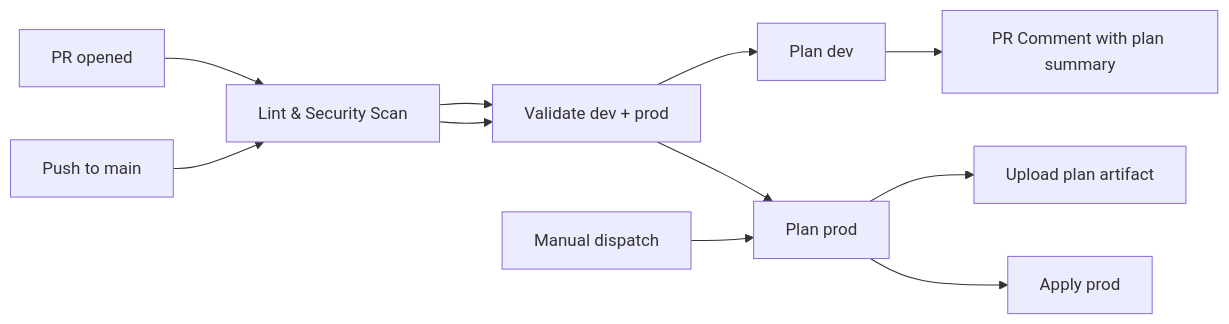
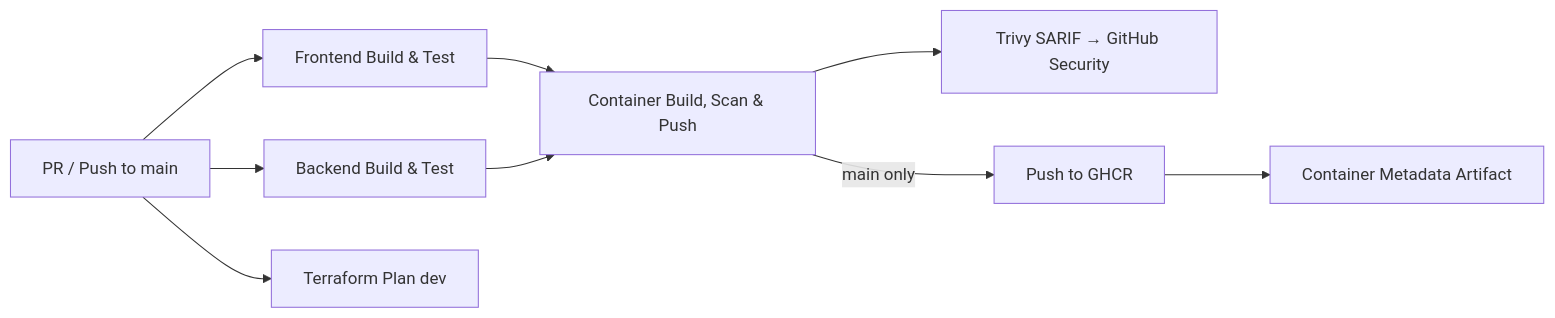
One commit to christopherhouse/Azure-Integration-Copilot changed the second of 2 diagrams in README.md. Above: the diagram before and after it, drawn with Mermaid. The commit also changed other lines of this file and 5 other files, not shown here.

First line of the commit message:
Add CI workflow with build, test, container scan, and GHCR push (#13)

````diff
--- a/README.md
+++ b/README.md
@@ -240,15 +240,11 @@
 ```mermaid
 flowchart LR
-    A[PR opened] --> B[Lint & Security Scan]
-    B --> C[Validate dev + prod]
-    C --> D[Plan dev]
-    D --> E[PR Comment with plan summary]
-
-    F[Push to main] --> B
-    B --> C
-    C --> G[Plan prod]
-    G --> H[Upload plan artifact]
-
-    I[Manual dispatch] --> G
-    G --> J[Apply prod]
+    A[PR / Push to main] --> B[Frontend Build & Test]
+    A --> C[Backend Build & Test]
+    A --> D[Terraform Plan dev]
+    B --> E[Container Build, Scan & Push]
+    C --> E
+    E --> F[Trivy SARIF → GitHub Security]
+    E -->|main only| G[Push to GHCR]
+    G --> H[Container Metadata Artifact]
 ```
````
